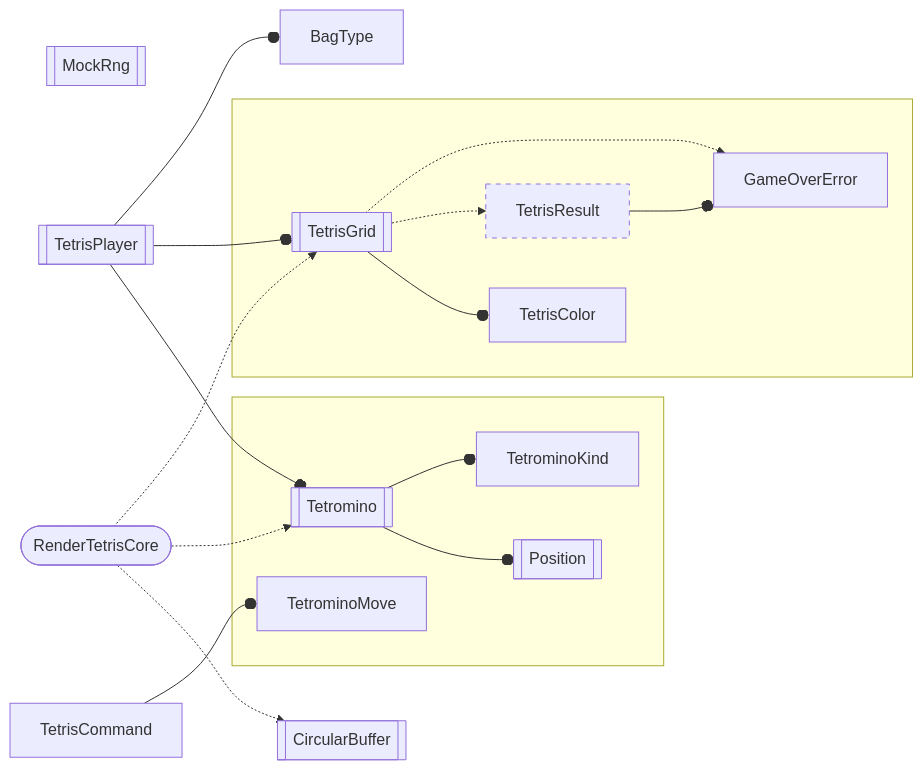
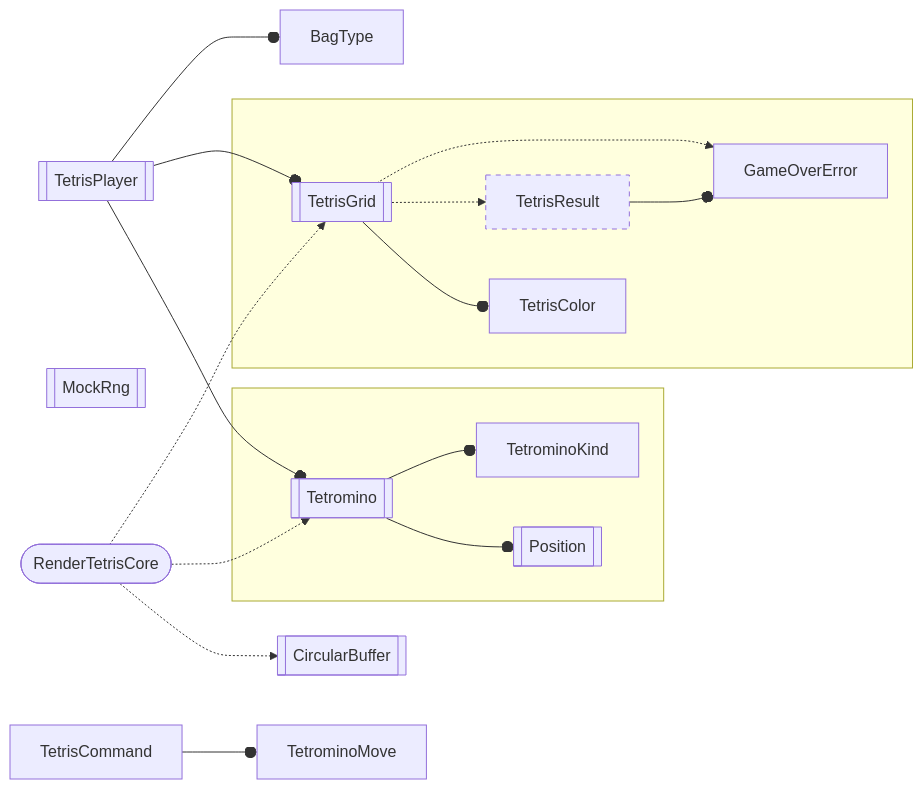
The diagram in core_tetris/src/core_tetris.mmd (inesvar/tetris), drawn with Mermaid before and after one commit. The commit also changed 2 other files, not shown here.

Commit message:
Structuring core_tetris doc

```diff
--- a/core_tetris/src/core_tetris.mmd
+++ b/core_tetris/src/core_tetris.mmd
@@ -1,48 +1,45 @@
 graph LR
     %% objects
-    MockRng[[MockRng]]
     BagType[BagType]
     TetrisGrid[[TetrisGrid]]
     GameOverError[GameOverError]
     TetrisResult[TetrisResult]
     Tetromino[[Tetromino]]
     Position[[Position]]
     TetrisColor[TetrisColor]
     TetrisPlayer[[TetrisPlayer]]
+    MockRng[[MockRng]]
     TetrisCommand[TetrisCommand]
     TetrominoKind[TetrominoKind]
-    TetrominoMove[TetrominoMove]
     RenderTetrisCore([RenderTetrisCore])
     CircularBuffer[[CircularBuffer]]
 
+    TetrisCommand --o TetrominoMove
     RenderTetrisCore -.-> CircularBuffer
 
     TetrisPlayer
+    MockRng
     RenderTetrisCore
-    TetrisCommand ~~~ CircularBuffer
-    MockRng ~~~ TetrisGrid
 
     TetrisPlayer --o Tetromino
     RenderTetrisCore -.-> Tetromino
-    TetrisCommand --o TetrominoMove
-
 
     subgraph tetromino[" "]
         Tetromino --o Position
         Tetromino --o TetrominoKind
-        TetrominoMove
     end
 
 
     subgraph tetris_grid[" "]
         TetrisGrid --o TetrisColor
         TetrisGrid -.-> TetrisResult
         TetrisResult --o GameOverError
         TetrisGrid -.-> GameOverError
     end
 
     RenderTetrisCore -.-> TetrisGrid
     TetrisPlayer --o TetrisGrid
     TetrisPlayer --o BagType
+
     
     style TetrisResult stroke-dasharray: 5 5;
```
